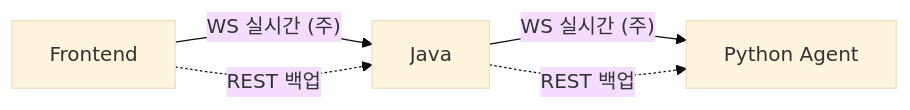
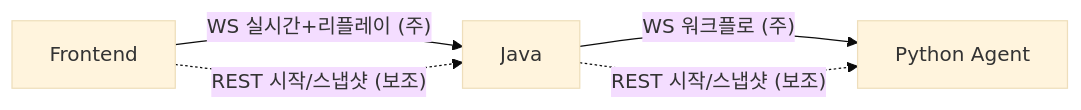
The first of 4 diagrams in docs/report.md (bbororo5/google_rapid_agent_hackaton), drawn with Mermaid (base theme) before and after one commit. The commit also changed other lines of this file and 5 other files, not shown here.

````diff
--- a/docs/report.md
+++ b/docs/report.md
@@ -44,8 +44,8 @@
 ```mermaid
 flowchart LR
-    FE[Frontend] -- "WS 실시간 (주)" --> Java
-    FE -. "REST 백업" .-> Java
-    Java -- "WS 실시간 (주)" --> Py[Python Agent]
-    Java -. "REST 백업" .-> Py
+    FE[Frontend] -- "WS 실시간+리플레이 (주)" --> Java
+    FE -. "REST 시작/스냅샷 (보조)" .-> Java
+    Java -- "WS 워크플로 (주)" --> Py[Python Agent]
+    Java -. "REST 시작/스냅샷 (보조)" .-> Py
     classDef ws fill:#34d399,stroke:#059669,color:#000;
 ```
````
